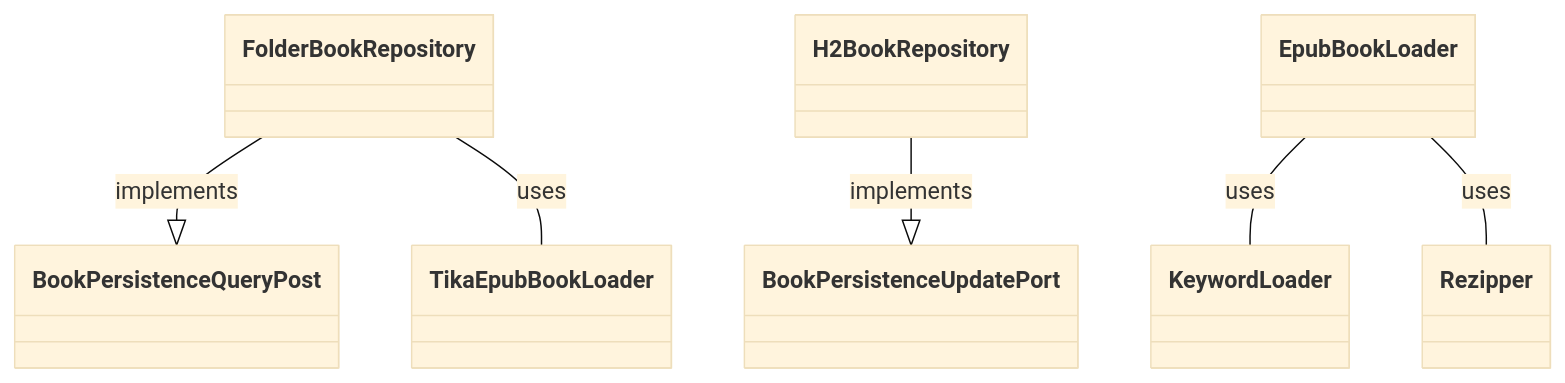
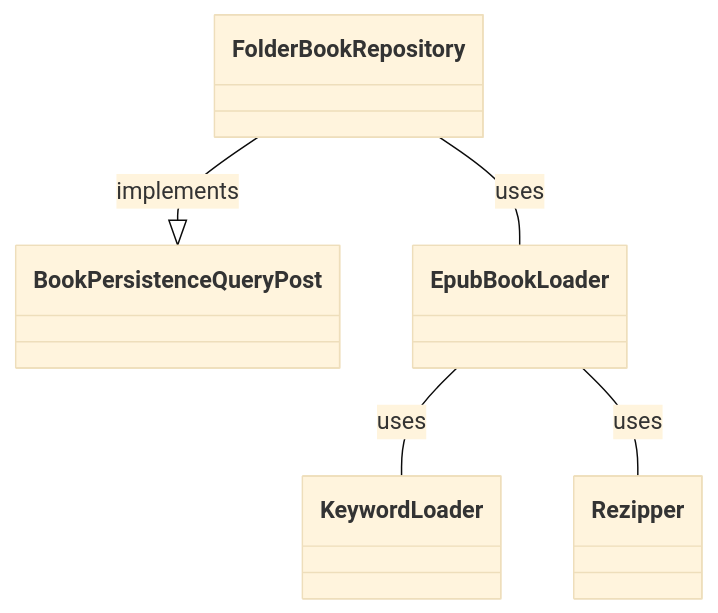
Before and after one commit to z669016/mybooks: the ninth of 11 diagrams in README.md, drawn with Mermaid (base theme). The commit also changed other lines of this file and 2 other files, not shown here.

````diff
--- a/README.md
+++ b/README.md
@@ -448,8 +488,7 @@
 ```mermaid
 classDiagram
     FolderBookRepository --|> BookPersistenceQueryPost: implements
-    FolderBookRepository -- TikaEpubBookLoader: uses
-    H2BookRepository --|> BookPersistenceUpdatePort: implements
+    FolderBookRepository -- EpubBookLoader: uses
     EpubBookLoader -- KeywordLoader: uses
     EpubBookLoader -- Rezipper: uses
 ```
````
